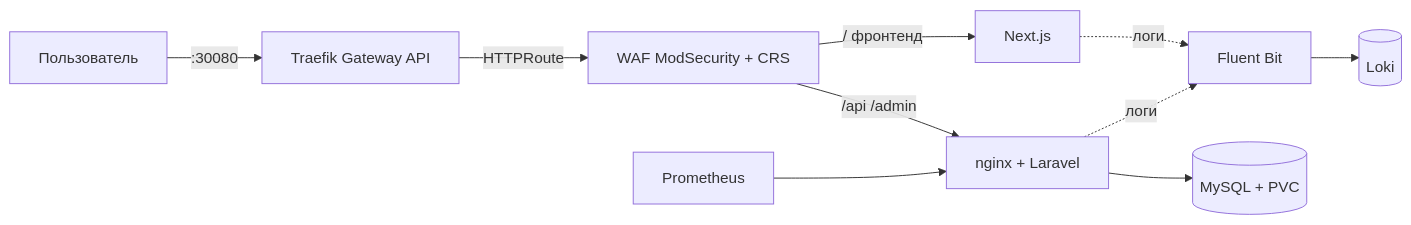
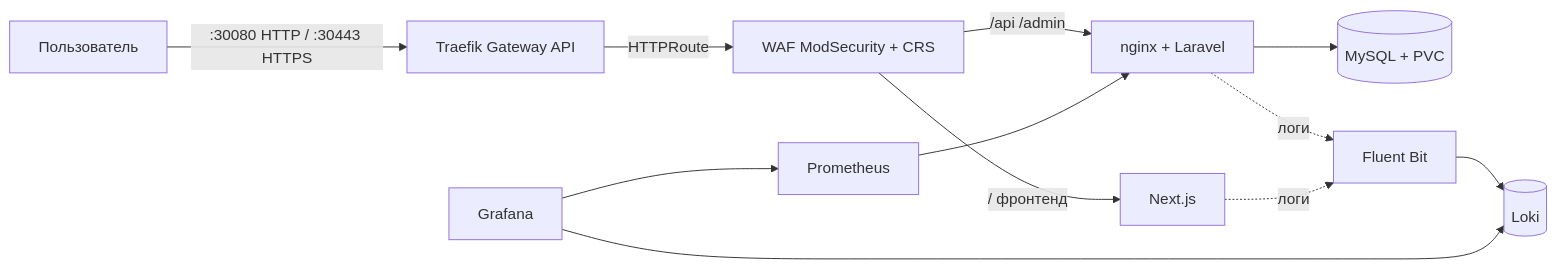
One commit to Beasbe/khakaton_MTS changed the diagram in docs/passport.md. Above: the diagram before and after it, drawn with Mermaid. The commit also changed other lines of this file and 18 other files, not shown here.

First line of the commit message:
feat: Grafana (3 дашборда, Prometheus+Loki), HTTPS на Gateway (самоподписанный TLS)

````diff
--- a/docs/passport.md
+++ b/docs/passport.md
@@ -23,11 +25,13 @@
 ```mermaid
 flowchart LR
-    U[Пользователь] -->|:30080| G[Traefik Gateway API]
+    U[Пользователь] -->|:30080 HTTP / :30443 HTTPS| G[Traefik Gateway API]
     G -->|HTTPRoute| WAF[WAF ModSecurity + CRS]
     WAF -->|/api /admin| NX[nginx + Laravel]
     WAF -->|/ фронтенд| FE[Next.js]
     NX --> DB[(MySQL + PVC)]
     P[Prometheus] --> NX
     NX -.->|логи| FB[Fluent Bit] --> L[(Loki)]
     FE -.->|логи| FB
+    GF[Grafana] --> P
+    GF --> L
 ```
````
